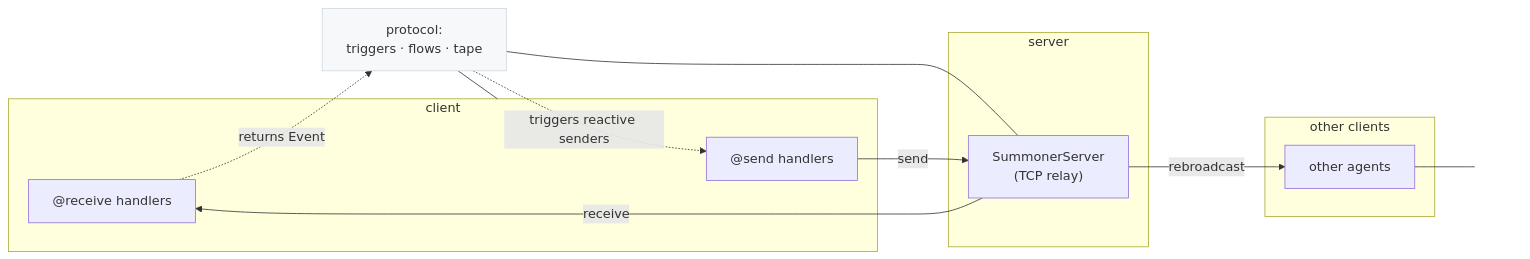
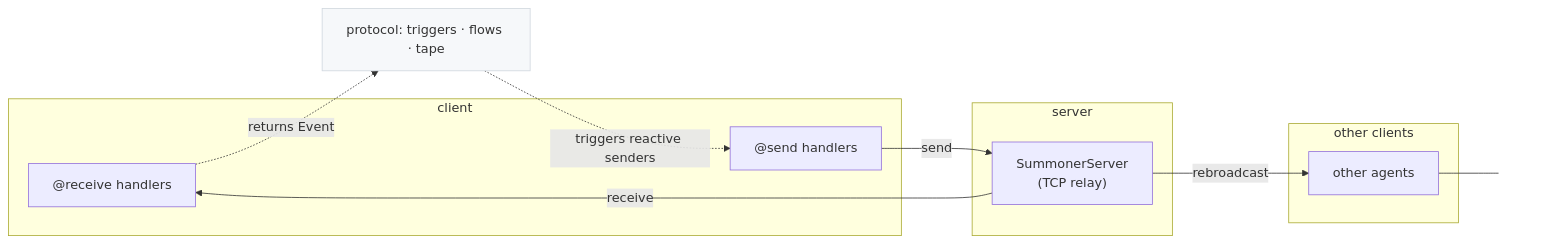
The diagram in reference/sdk_doc/index.md (Summoner-Network/summoner-docs), drawn with Mermaid before and after one commit.

Commit message:
fix mental model for core sdk (2)

````diff
--- a/reference/sdk_doc/index.md
+++ b/reference/sdk_doc/index.md
@@ -13,33 +13,31 @@
 ```mermaid
 flowchart LR
   subgraph C[client]
     R["@receive handlers"]
     S["@send handlers"]
   end
 
   subgraph SV[server]
     RELAY["SummonerServer\n(TCP relay)"]
   end
 
   subgraph O[other clients]
     OC["other agents"]
   end
 
   %% network transport
   S -- "send" --> RELAY
   RELAY -- "rebroadcast" --> OC
   RELAY -- "receive" --> R
 
   %% protocol lives inside the client: it links receiver events to reactive senders
-  P["protocol:\ntriggers · flows · tape"]:::proto
+  P["protocol: triggers · flows · tape"]:::proto
   R -. "returns Event" .-> P
   P -. "triggers reactive senders" .-> S
 
   %% layout helpers: keep protocol close to client; push other agents lower
-  C --- P
-  RELAY --- P
   OC --- X[" "]:::spacer
 
   classDef proto fill:#f6f8fa,stroke:#d0d7de,stroke-width:1px;
   classDef spacer fill:transparent,stroke:transparent,color:transparent;
 ```
````
